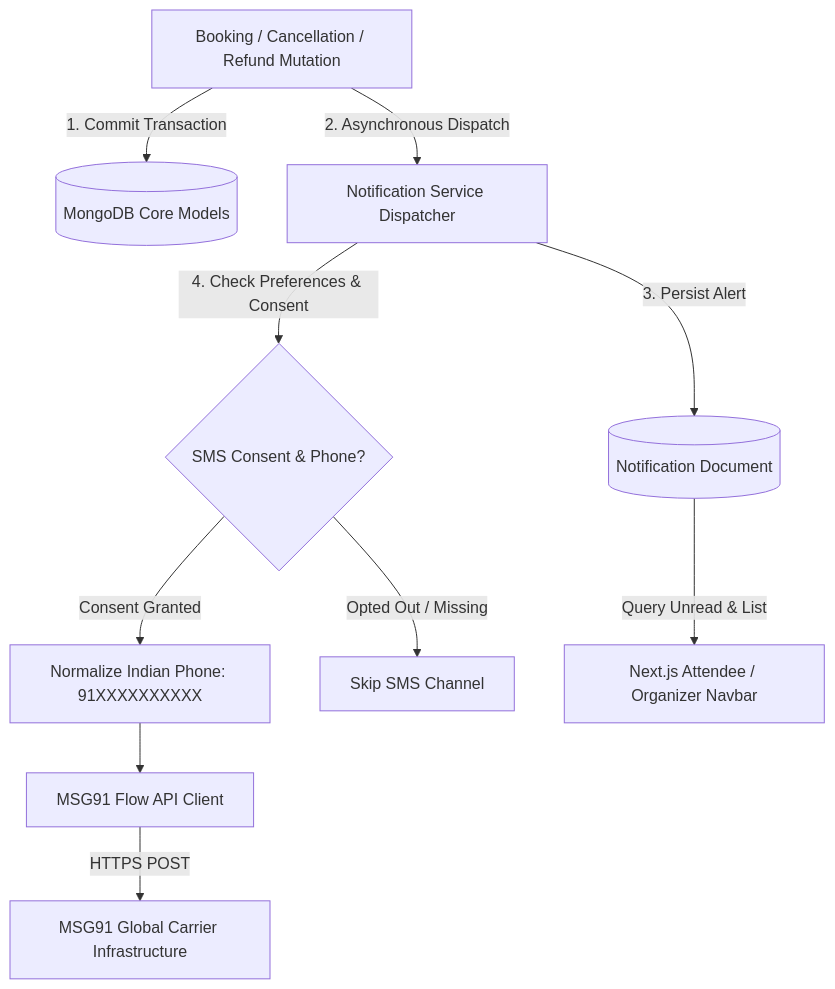
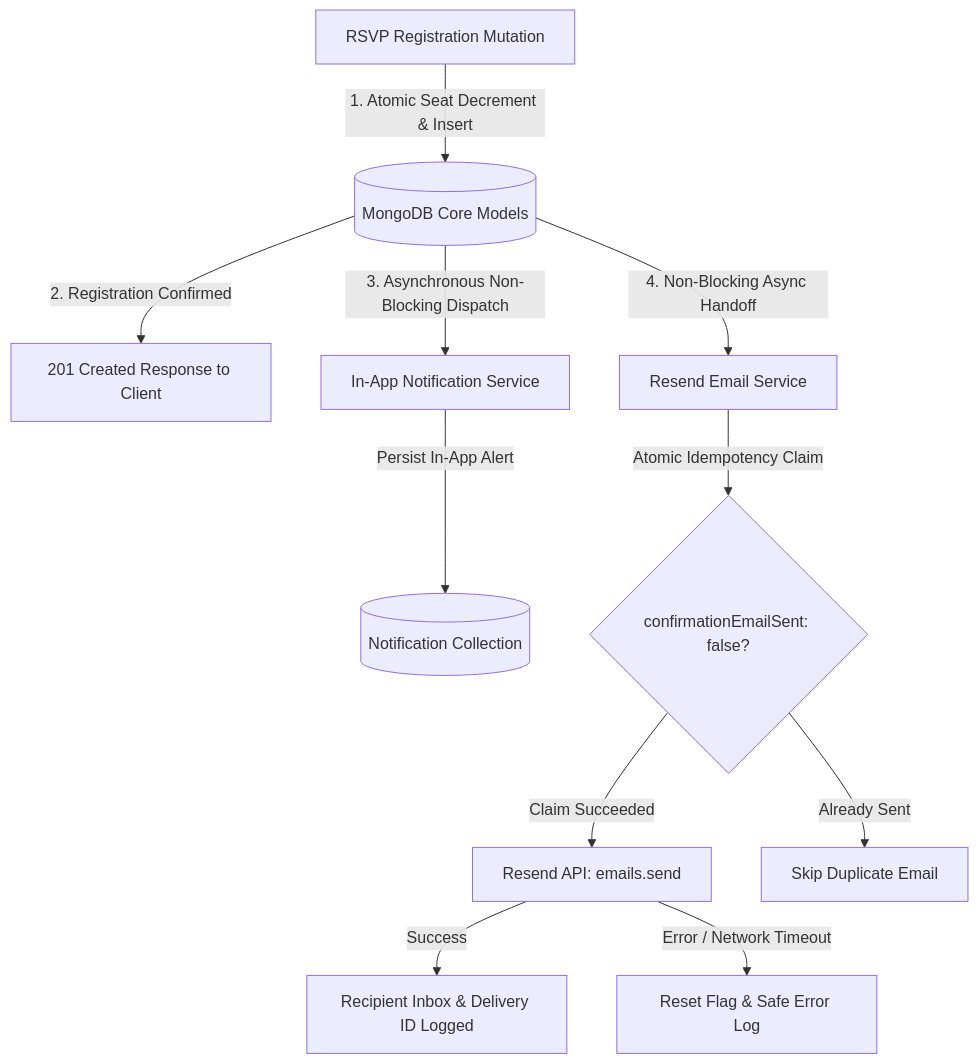
One commit to OmSardar/Eventora changed the diagram in Docs/09-production-readiness/notification-architecture.md. Above: the diagram before and after it, drawn with Mermaid. The commit also changed other lines of this file and 70 other files, not shown here.

````diff
--- a/Docs/09-production-readiness/notification-architecture.md
+++ b/Docs/09-production-readiness/notification-architecture.md
@@ -11,12 +11,13 @@
 ```mermaid
 flowchart TD
-    EventTrigger[Booking / Cancellation / Refund Mutation] -->|1. Commit Transaction| DB[(MongoDB Core Models)]
-    EventTrigger -->|2. Asynchronous Dispatch| Dispatcher[Notification Service Dispatcher]
-    Dispatcher -->|3. Persist Alert| InApp[(Notification Document)]
-    Dispatcher -->|4. Check Preferences & Consent| ConsentCheck{SMS Consent & Phone?}
-    ConsentCheck -->|Consent Granted| PhoneNorm[Normalize Indian Phone: 91XXXXXXXXXX]
-    ConsentCheck -->|Opted Out / Missing| SkipSMS[Skip SMS Channel]
-    PhoneNorm --> MSG91[MSG91 Flow API Client]
-    MSG91 -->|HTTPS POST| Gateway[MSG91 Global Carrier Infrastructure]
-    InApp -->|Query Unread & List| Client[Next.js Attendee / Organizer Navbar]
+    EventTrigger[RSVP Registration Mutation] -->|1. Atomic Seat Decrement & Insert| DB[(MongoDB Core Models)]
+    DB -->|2. Registration Confirmed| HTTPResp[201 Created Response to Client]
+    DB -->|3. Asynchronous Non-Blocking Dispatch| InAppDispatcher[In-App Notification Service]
+    InAppDispatcher -->|Persist In-App Alert| InAppCol[(Notification Collection)]
+    DB -->|4. Non-Blocking Async Handoff| EmailService[Resend Email Service]
+    EmailService -->|Atomic Idempotency Claim| RegUpdate{confirmationEmailSent: false?}
+    RegUpdate -->|Claim Succeeded| ResendAPI[Resend API: emails.send]
+    RegUpdate -->|Already Sent| SkipDuplicate[Skip Duplicate Email]
+    ResendAPI -->|Success| EmailDelivered[Recipient Inbox & Delivery ID Logged]
+    ResendAPI -->|Error / Network Timeout| RevertClaim[Reset Flag & Safe Error Log]
 ```
````
